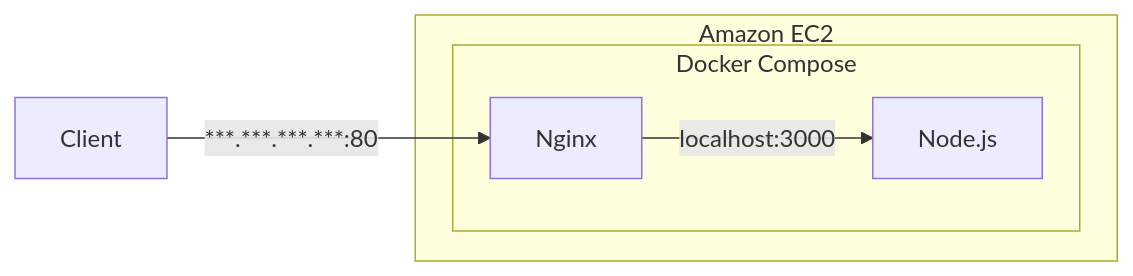
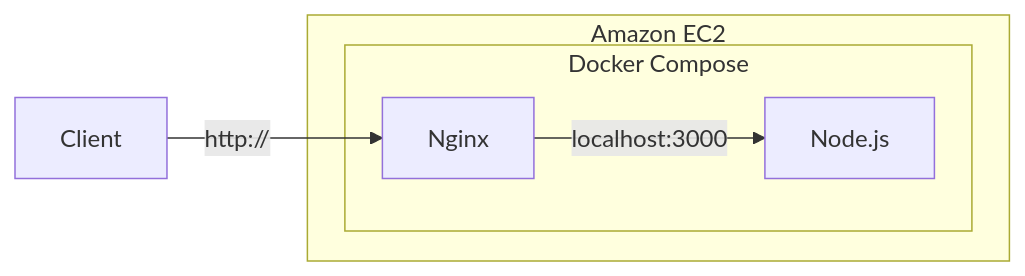
Before and after one commit to skkuding/cookbook: the diagram in infra/4. AWS: EC2, Network.md, drawn with Mermaid. The commit also changed other lines of this file and 14 other files, not shown here.

````diff
--- a/infra/4. AWS: EC2, Network.md
+++ b/infra/4. AWS: EC2, Network.md
@@ -69,9 +69,9 @@
 ```mermaid
 flowchart LR
   subgraph Amazon EC2
     subgraph Docker Compose
       Nginx -- localhost:3000 --> Node.js
     end
   end
-  Client -- ***.***.***.***:80 --> Nginx
+  Client -- http://<domain-name> --> Nginx
 ```
````
